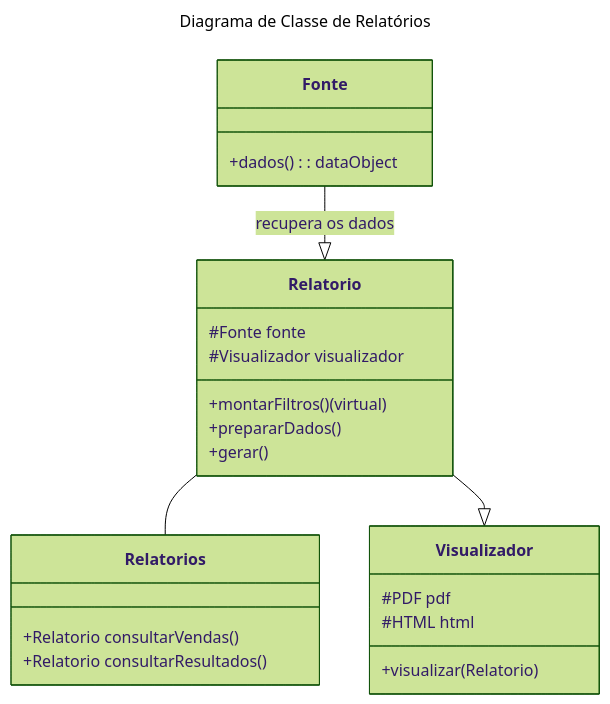
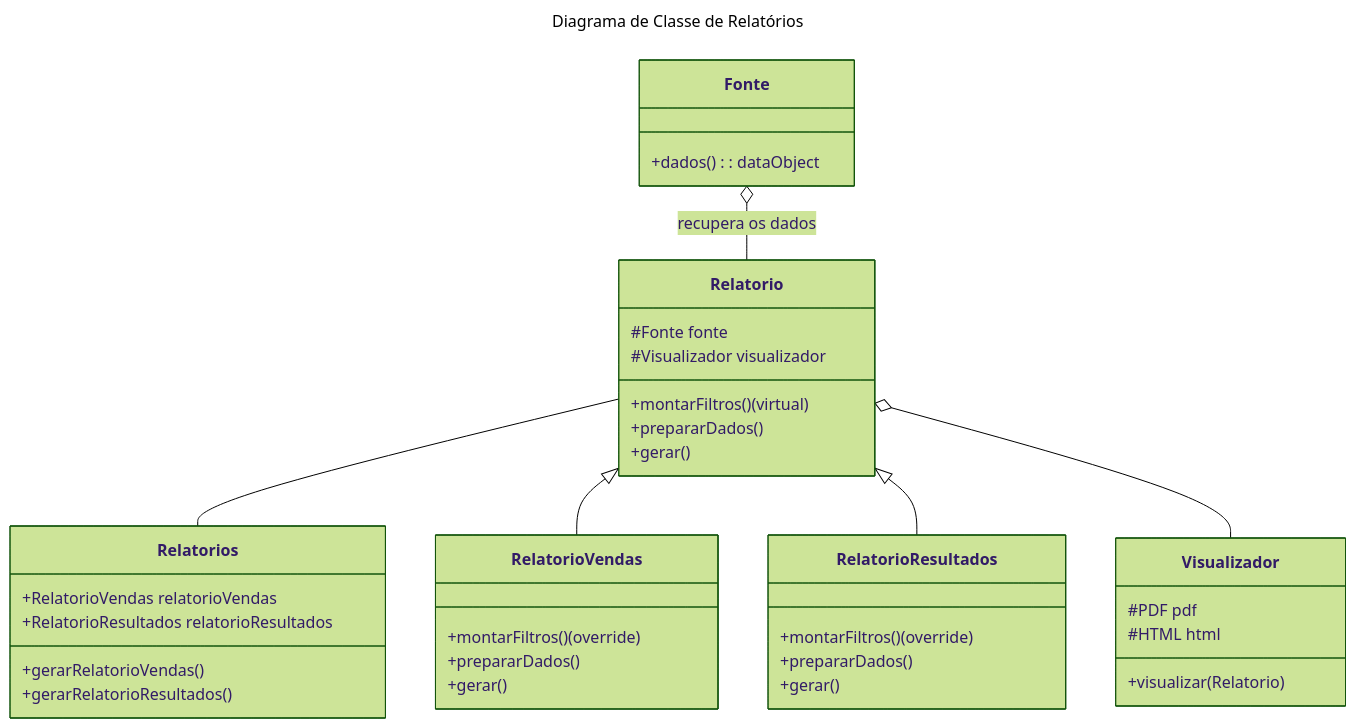
Before and after one commit to h4mn/fatec_tarefas: diagram 18 of 18 in engenharia/diagrams.md, drawn with Mermaid (forest theme). The commit also changed 1 other file, not shown here.

Commit message:
add: adiciona ajuste classe relatorio

````diff
--- a/engenharia/diagrams.md
+++ b/engenharia/diagrams.md
@@ -465,34 +465,51 @@
 ```mermaid
 ---
 title: Diagrama de Classe de Relatórios
 ---
 classDiagram
     class Fonte{
         +dados(): dataObject
     }
 
     class Visualizador{
         #PDF pdf
         #HTML html
 
         +visualizar(Relatorio)
     }
 
     class Relatorio{
         #Fonte fonte
         #Visualizador visualizador
 
         +montarFiltros() (virtual)
         +prepararDados()
         +gerar()
     }
     
+    class RelatorioVendas{
+        +montarFiltros() (override)
+        +prepararDados()
+        +gerar()
+    }
+
+    class RelatorioResultados{
+        +montarFiltros() (override)
+        +prepararDados()
+        +gerar()
+    }
+
     class Relatorios{
-        +Relatorio consultarVendas()
-        +Relatorio consultarResultados()
+        +RelatorioVendas relatorioVendas
+        +RelatorioResultados relatorioResultados
+
+        +gerarRelatorioVendas()
+        +gerarRelatorioResultados()
     }
 
     Relatorio -- Relatorios
-    Fonte --|> Relatorio : recupera os dados    
-    Relatorio --|> Visualizador
+    Relatorio <|-- RelatorioVendas
+    Relatorio <|-- RelatorioResultados
+    Fonte o-- Relatorio : recupera os dados    
+    Relatorio o-- Visualizador
 ```
````
